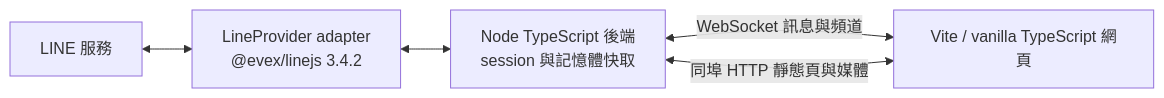
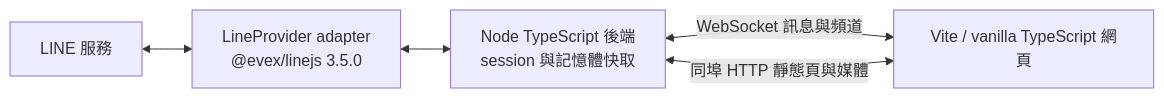
The first of 2 diagrams in README.md (JS-PACKAGE/LINE.js), drawn with Mermaid before and after one commit. The commit also changed other lines of this file and 8 other files, not shown here.

````diff
--- a/README.md
+++ b/README.md
@@ -19,7 +19,7 @@
 ```mermaid
 flowchart LR
-    LINE[LINE 服務] <--> Provider[LineProvider adapter\n@evex/linejs 3.4.2]
+    LINE[LINE 服務] <--> Provider[LineProvider adapter\n@evex/linejs 3.5.0]
     Provider <--> Backend[Node TypeScript 後端\nsession 與記憶體快取]
     Backend <-->|WebSocket 訊息與頻道| Browser[Vite / vanilla TypeScript 網頁]
     Backend <-->|同埠 HTTP 靜態頁與媒體| Browser
 ```
````
